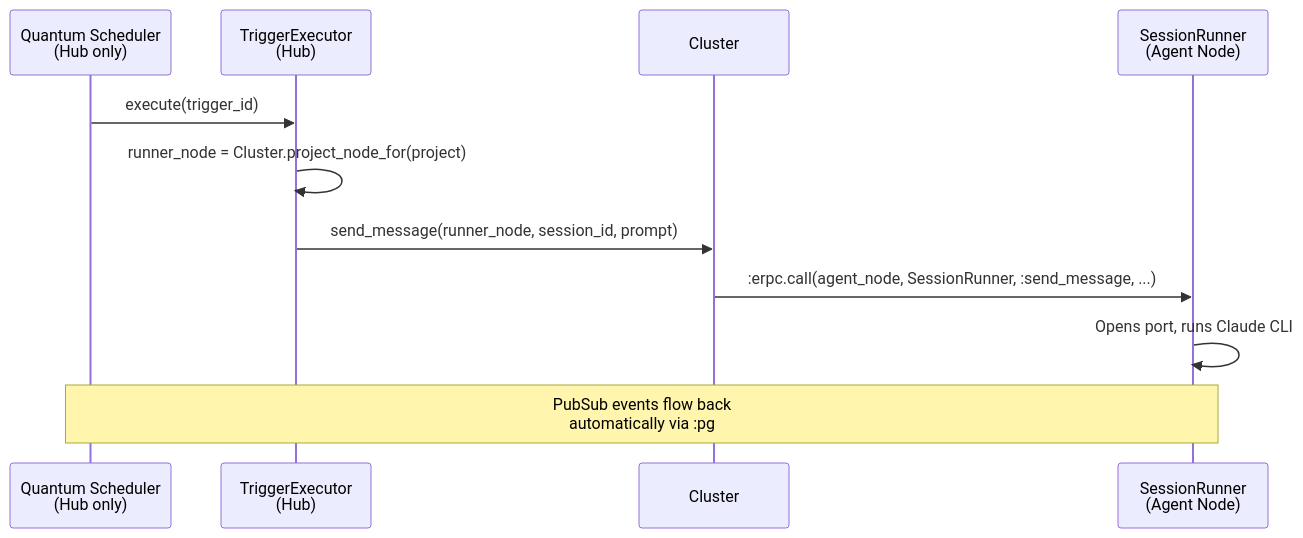
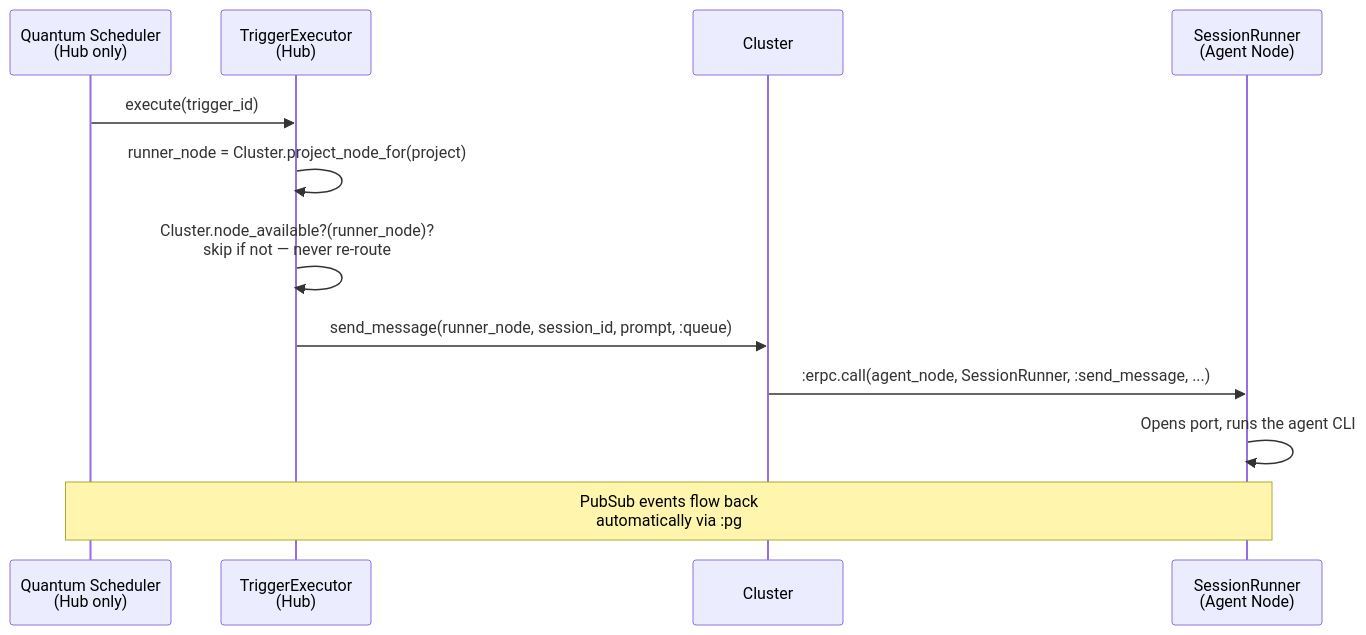
The second of 2 diagrams in .context/triggers.md (zingbretsen/orca_hub), drawn with Mermaid before and after one commit. The commit also changed other lines of this file and 7 other files, not shown here.

First line of the commit message:
Refresh .context architecture docs to match current code (scheduled audit)

````diff
--- a/.context/triggers.md
+++ b/.context/triggers.md
@@ -59,14 +84,15 @@
 ```mermaid
 sequenceDiagram
     participant Scheduler as Quantum Scheduler<br/>(Hub only)
     participant Executor as TriggerExecutor<br/>(Hub)
     participant Cluster as Cluster
     participant Agent as SessionRunner<br/>(Agent Node)
 
     Scheduler->>Executor: execute(trigger_id)
     Executor->>Executor: runner_node = Cluster.project_node_for(project)
-    Executor->>Cluster: send_message(runner_node, session_id, prompt)
+    Executor->>Executor: Cluster.node_available?(runner_node)?<br/>skip if not — never re-route
+    Executor->>Cluster: send_message(runner_node, session_id, prompt, :queue)
     Cluster->>Agent: :erpc.call(agent_node, SessionRunner, :send_message, ...)
-    Agent->>Agent: Opens port, runs Claude CLI
+    Agent->>Agent: Opens port, runs the agent CLI
     Note over Scheduler,Agent: PubSub events flow back<br/>automatically via :pg
 ```
````
